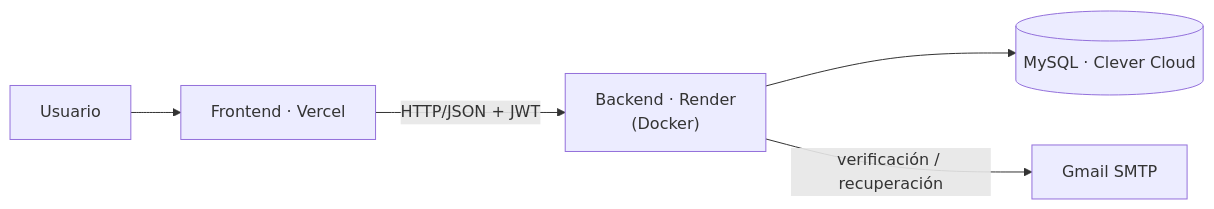
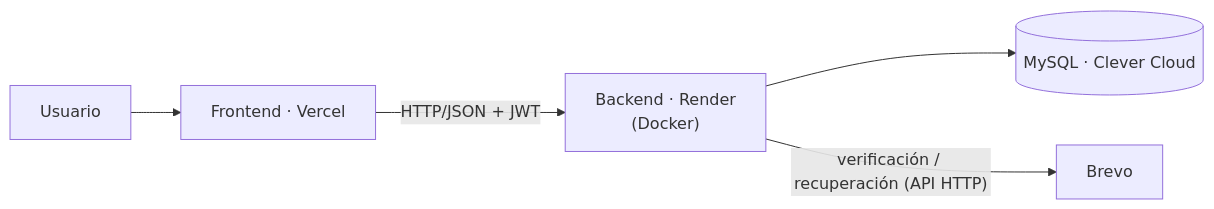
One commit to DylanVallejo/routineTracker changed the third of 3 diagrams in README.md. Above: the diagram before and after it, drawn with Mermaid. The commit also changed other lines of this file, not shown here.

Commit message:
Actualiza el README para reflejar el envio de correo via Brevo en vez de Gmail SMTP

````diff
--- a/README.md
+++ b/README.md
@@ -131,7 +131,7 @@
 ```mermaid
 flowchart LR
     U[Usuario] --> V["Frontend · Vercel"]
     V -- "HTTP/JSON + JWT" --> R["Backend · Render<br/>(Docker)"]
     R --> M[("MySQL · Clever Cloud")]
-    R -- "verificación / recuperación" --> G[Gmail SMTP]
+    R -- "verificación / recuperación (API HTTP)" --> G[Brevo]
 ```
````
